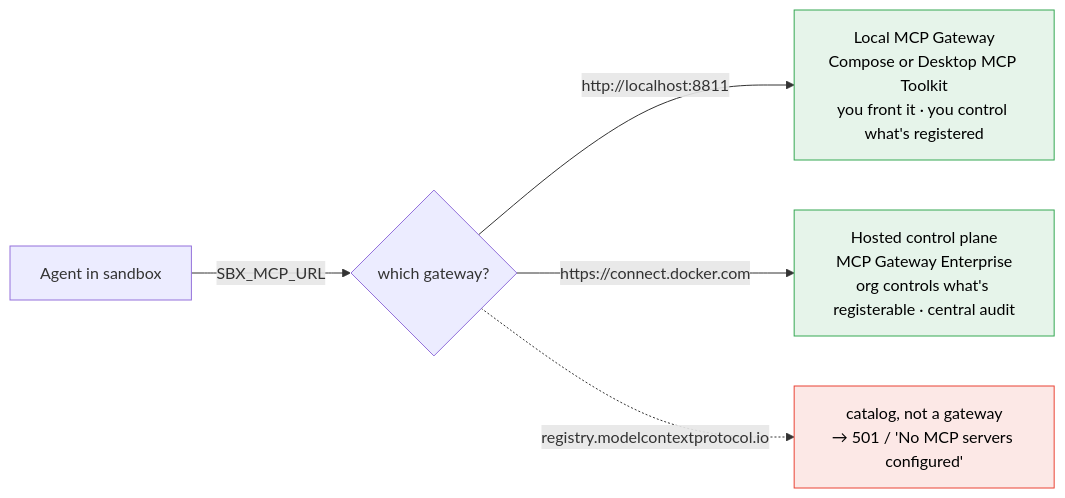
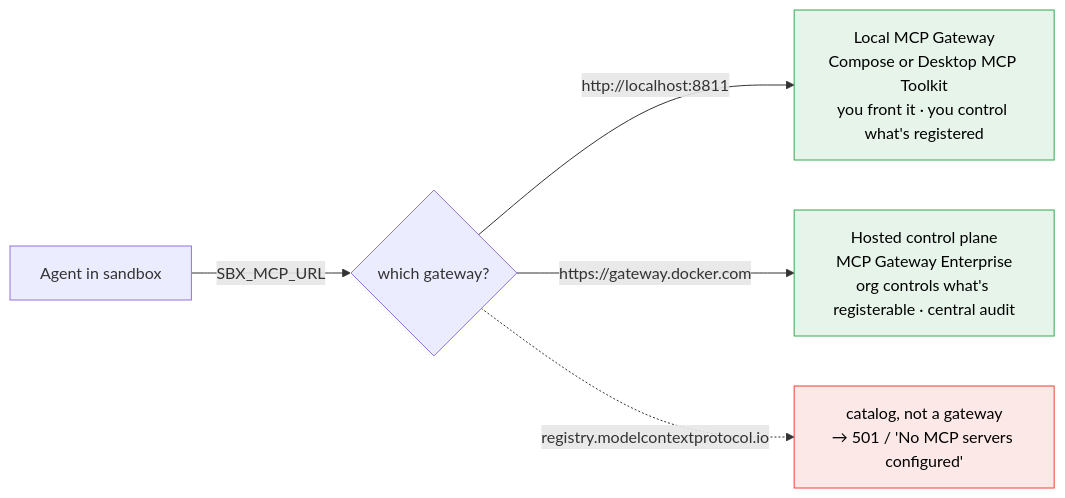
One commit to ajeetraina/labspace-ai-governance changed the third of 3 diagrams in labspace/assets/architecture.md. Above: the diagram before and after it, drawn with Mermaid. The commit also changed other lines of this file and 2 other files, not shown here.

First line of the commit message:
Rename hosted MCP gateway connect.docker.com -> gateway.docker.com

````diff
--- a/labspace/assets/architecture.md
+++ b/labspace/assets/architecture.md
@@ -153,12 +153,12 @@
 ```mermaid
 flowchart LR
     A["Agent in sandbox"] -- SBX_MCP_URL --> CHOICE{"which gateway?"}
     CHOICE -- "http://localhost:8811" --> LOCAL["Local MCP Gateway<br/>Compose or Desktop MCP Toolkit<br/>you front it · you control what's registered"]
-    CHOICE -- "https://connect.docker.com" --> HOSTED["Hosted control plane<br/>MCP Gateway Enterprise<br/>org controls what's registerable · central audit"]
+    CHOICE -- "https://gateway.docker.com" --> HOSTED["Hosted control plane<br/>MCP Gateway Enterprise<br/>org controls what's registerable · central audit"]
     CHOICE -. "registry.modelcontextprotocol.io" .-> BAD["catalog, not a gateway<br/>→ 501 / 'No MCP servers configured'"]
 
     classDef good fill:#e6f4ea,stroke:#34a853,color:#000
     classDef bad fill:#fce8e6,stroke:#ea4335,color:#000
     class LOCAL,HOSTED good
     class BAD bad
 ```
````
